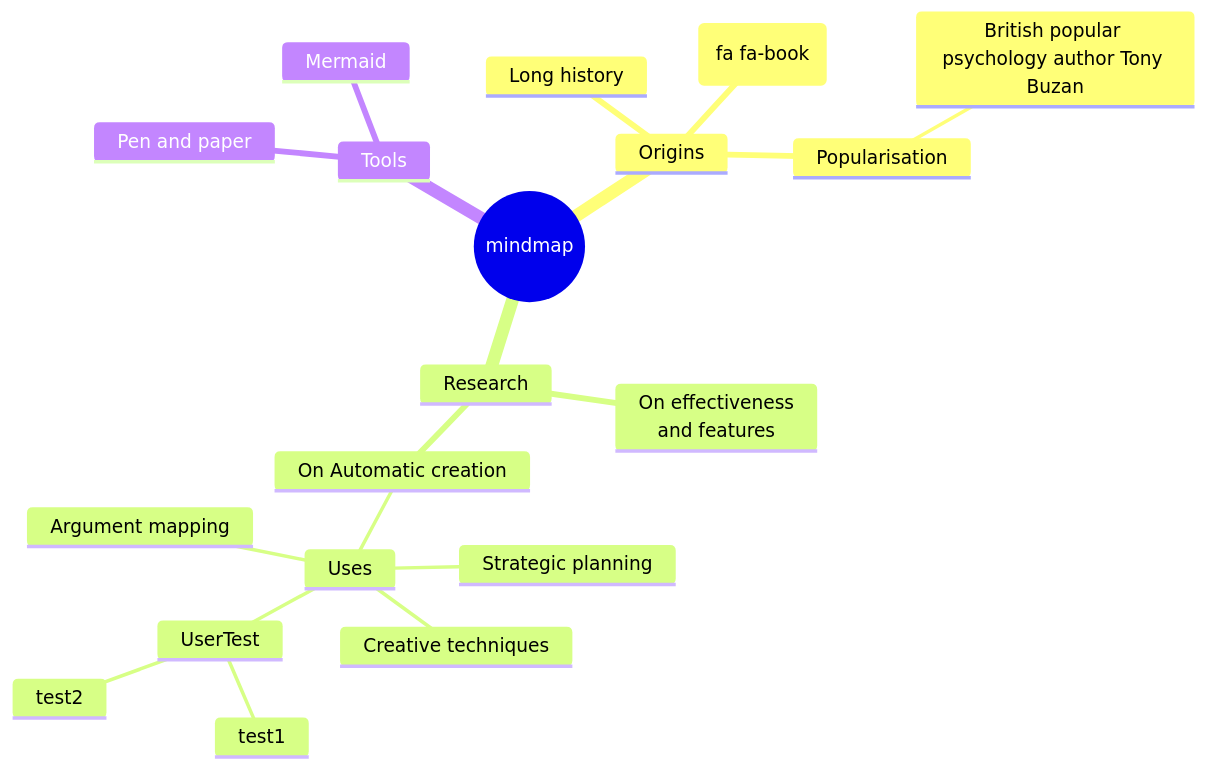
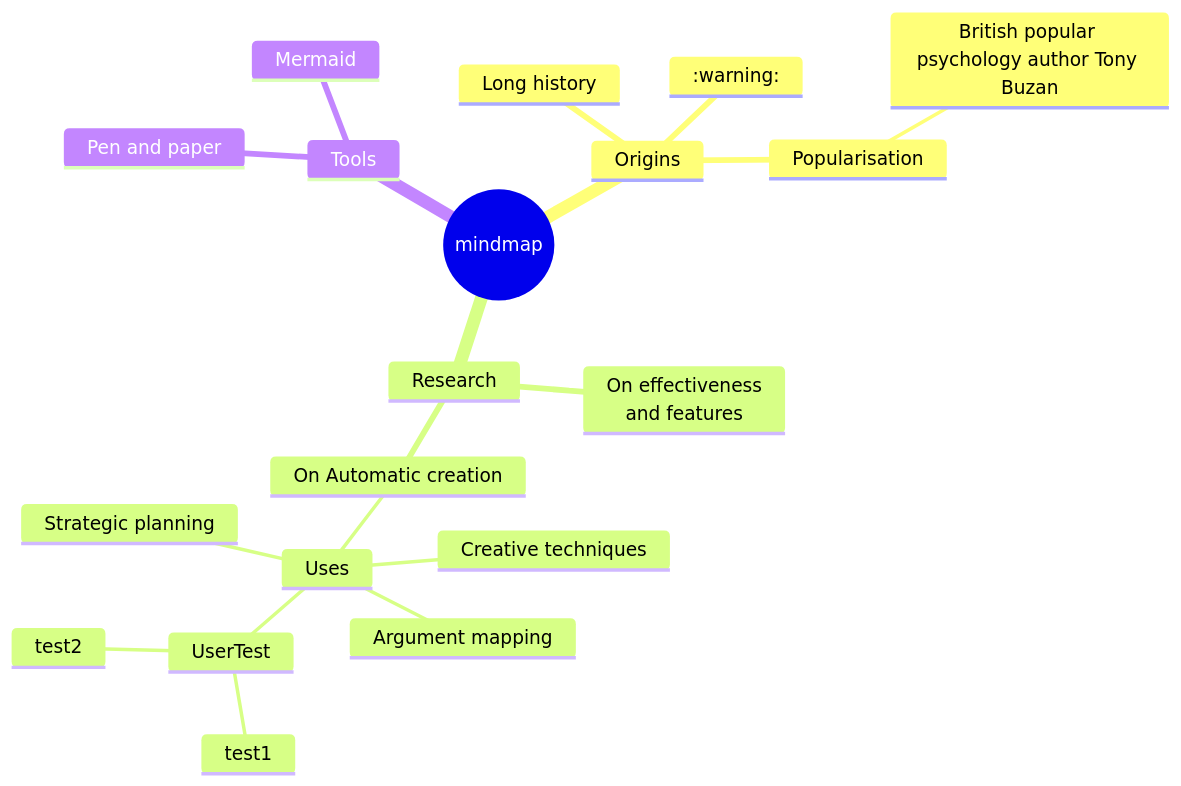
The second of 2 diagrams in OCI-File-Storage.md (chaoyuim/OCI-2023-Associate), drawn with Mermaid before and after one commit.

````diff
--- a/OCI-File-Storage.md
+++ b/OCI-File-Storage.md
@@ -105,22 +105,22 @@
 ```mermaid
 mindmap
   root((mindmap))
     Origins
       Long history
-      :warning:(fa fa-book)
+      :warning:
       Popularisation
         British popular psychology author Tony Buzan
     Research
       On effectiveness<br/>and features
       On Automatic creation
         Uses
             Creative techniques
             Strategic planning
             Argument mapping
             UserTest
                 test1
                 test2
     Tools
       Pen and paper
       Mermaid
 ```
````
